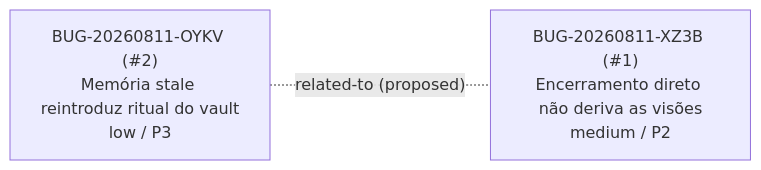
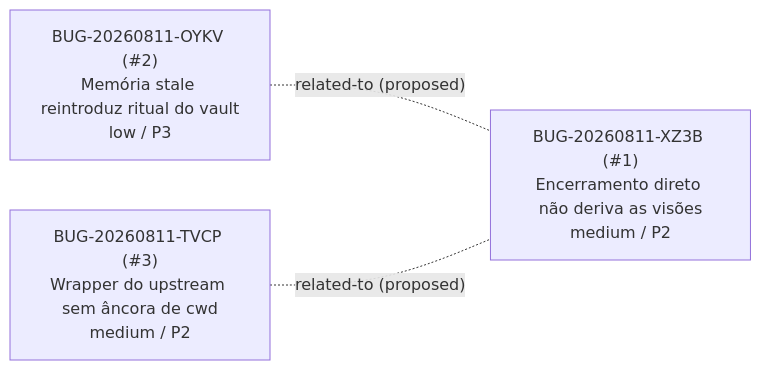
The diagram in _reversa_bugs/encerramento-de-sessao/generated/graph.md (iago-leal/harness-config), drawn with Mermaid before and after one commit. The commit also changed other lines of this file and 8 other files, not shown here.

Commit message:
chore(reversa): registra BUG-20260811-TVCP e atualiza views do contexto encerramento-de-sessao

````diff
--- a/_reversa_bugs/encerramento-de-sessao/generated/graph.md
+++ b/_reversa_bugs/encerramento-de-sessao/generated/graph.md
@@ -6,6 +6,8 @@
 ```mermaid
 graph LR
     XZ3B["BUG-20260811-XZ3B (#1)<br/>Encerramento direto não deriva as visões<br/>medium / P2"]
     OYKV["BUG-20260811-OYKV (#2)<br/>Memória stale reintroduz ritual do vault<br/>low / P3"]
+    TVCP["BUG-20260811-TVCP (#3)<br/>Wrapper do upstream sem âncora de cwd<br/>medium / P2"]
     OYKV -. "related-to (proposed)" .- XZ3B
+    TVCP -. "related-to (proposed)" .- XZ3B
 ```
````
